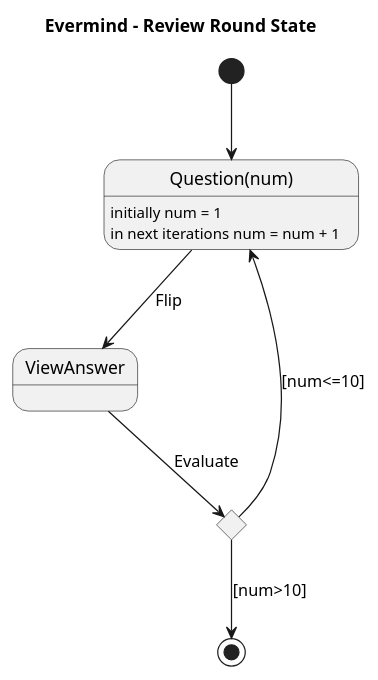
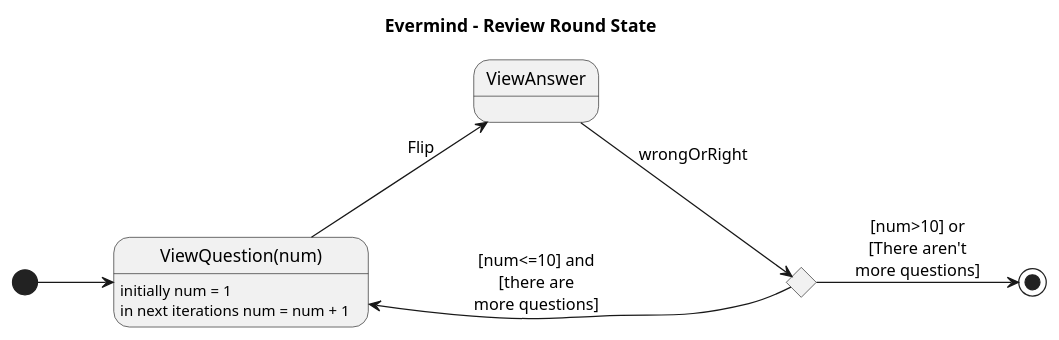
One commit to ferllop/evermind changed the diagram in app/doc/review-round-state.puml. Above: the diagram before and after it, drawn with PlantUML. The commit also changed 7 other files, not shown here.

```diff
--- a/app/doc/review-round-state.puml
+++ b/app/doc/review-round-state.puml
@@ -1,17 +1,17 @@
 @startuml
-skinparam nodesep 100
-
+skinparam nodesep 200
+left to right direction
 title Evermind - Review Round State
 
-state "Question(num)" as ViewQuestion
+state "ViewQuestion(num)" as ViewQuestion
 state choice <<choice>>
 
 [*] --> ViewQuestion
 ViewQuestion : initially num = 1
 ViewQuestion : in next iterations num = num + 1
 ViewQuestion --> ViewAnswer : Flip
-ViewAnswer --> choice : Evaluate
-choice --> ViewQuestion : [num<=10]
-choice --> [*] : [num>10]
+ViewAnswer --> choice : wrongOrRight
+choice --> ViewQuestion : [num<=10] and\n[there are\nmore questions]
+choice --> [*] : [num>10] or\n[There aren't\nmore questions]
 
 @enduml
```
